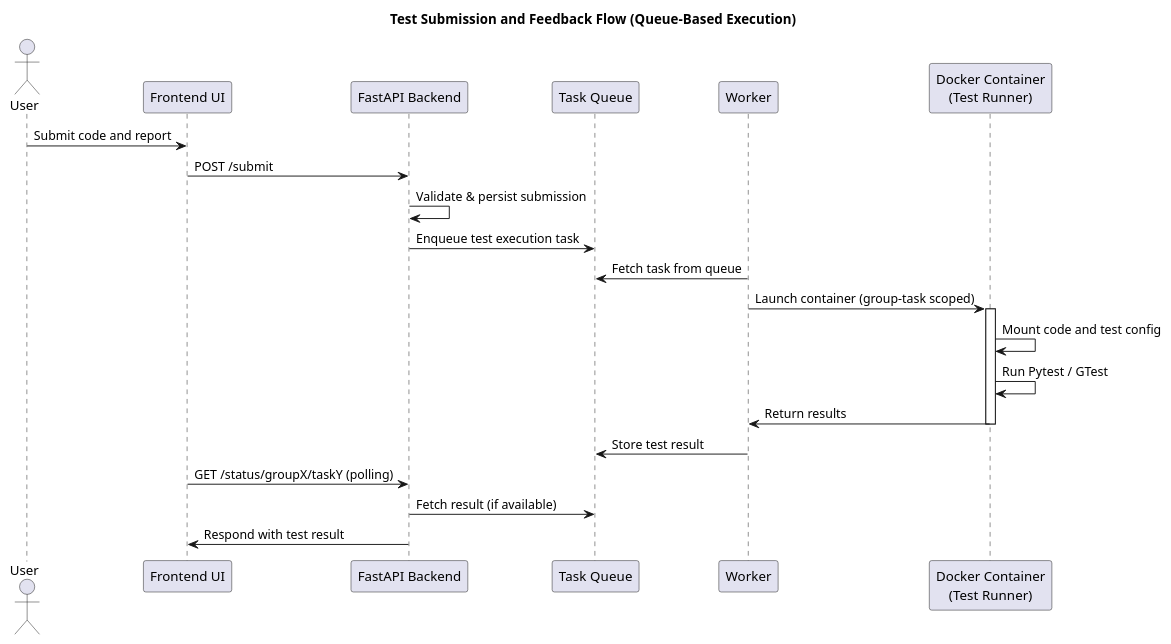
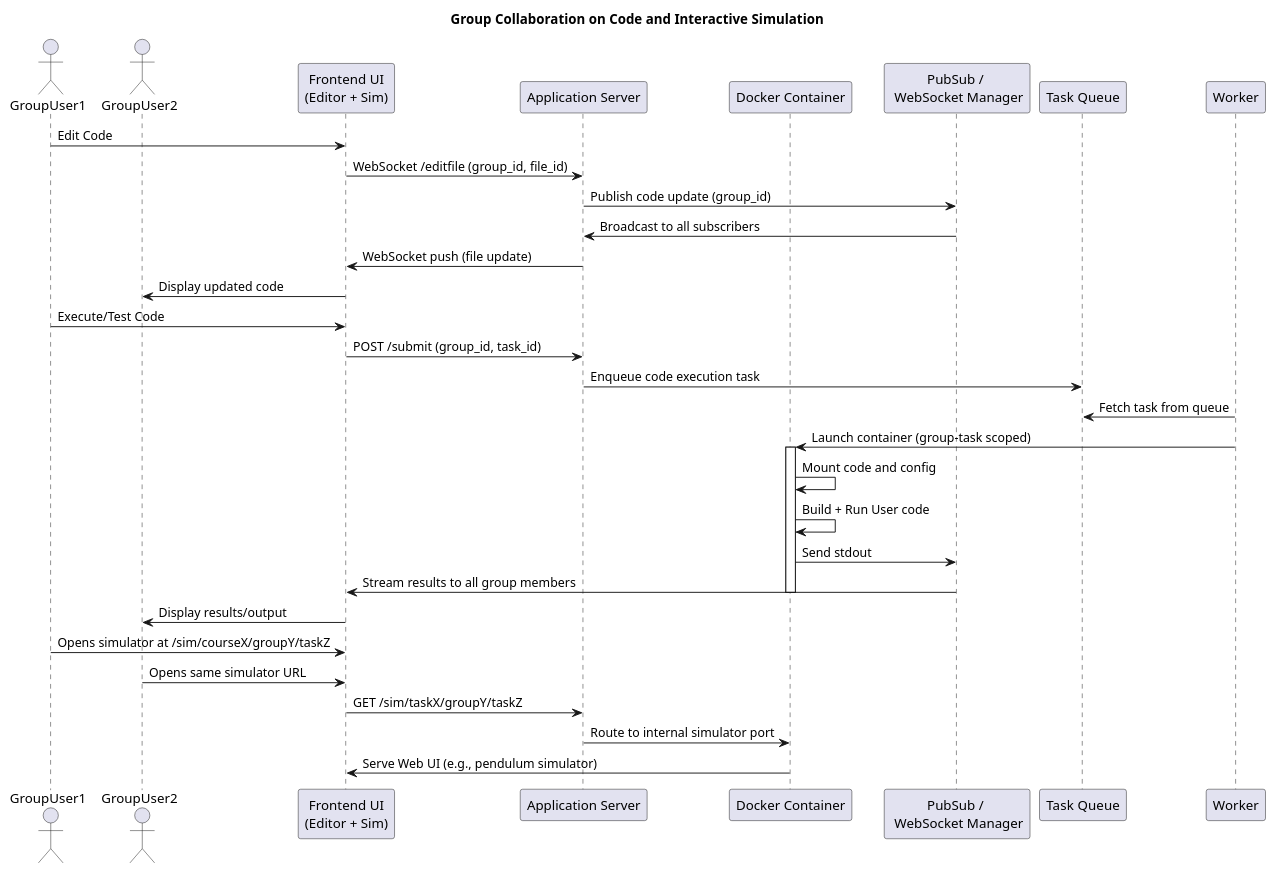
One commit to Hayzenpup/design-playground changed the diagram in codespace/sequence-test.puml. Above: the diagram before and after it, drawn with PlantUML. The commit also changed 2 other files, not shown here.

Commit message:
Added warehouse Sequence time_thread

```diff
--- a/codespace/sequence-test.puml
+++ b/codespace/sequence-test.puml
@@ -2,33 +2,43 @@
 @startuml
-title Test Submission and Feedback Flow (Queue-Based Execution)
+title Group Collaboration on Code and Interactive Simulation
 
-actor User
-participant "Frontend UI" as UI
-participant "FastAPI Backend" as Backend
+actor GroupUser1
+actor GroupUser2
+
+participant "Frontend UI\n(Editor + Sim)" as UI
+participant "Application Server" as Backend
+participant "Docker Container" as Container
+participant "PubSub / \n WebSocket Manager" as WS
 participant "Task Queue" as Redis
 participant "Worker" as Worker
-participant "Docker Container\n(Test Runner)" as Container
 
-User -> UI : Submit code and report
-UI -> Backend : POST /submit
 
-Backend -> Backend : Validate & persist submission
-Backend -> Redis : Enqueue test execution task
+GroupUser1 -> UI : Edit Code
+UI -> Backend : WebSocket /editfile (group_id, file_id)
+Backend -> WS : Publish code update (group_id)
+WS -> Backend : Broadcast to all subscribers
+Backend -> UI : WebSocket push (file update)
+UI -> GroupUser2 : Display updated code
 
+' ======= Execute/Test Code=====
+GroupUser1 -> UI : Execute/Test Code
+UI -> Backend : POST /submit (group_id, task_id)
+Backend -> Redis : Enqueue code execution task
 Worker -> Redis : Fetch task from queue
 Worker -> Container : Launch container (group-task scoped)
 activate Container
 
-Container -> Container : Mount code and test config
-Container -> Container : Run Pytest / GTest
-Container -> Worker : Return results
+Container -> Container : Mount code and config
+Container -> Container : Build + Run User code
+Container -> WS : Send stdout
+WS -> UI : Stream results to all group members
+deactivate Container
 
-deactivate Container
-Worker -> Redis : Store test result
+UI -> GroupUser2 : Display results/output
 
-
-UI -> Backend : GET /status/groupX/taskY (polling)
-Backend -> Redis : Fetch result (if available)
-Backend -> UI : Respond with test result
-
+GroupUser1 -> UI : Opens simulator at /sim/courseX/groupY/taskZ
+GroupUser2 -> UI : Opens same simulator URL
+UI -> Backend : GET /sim/taskX/groupY/taskZ
+Backend -> Container : Route to internal simulator port
+Container -> UI : Serve Web UI (e.g., pendulum simulator)
 @enduml
```
